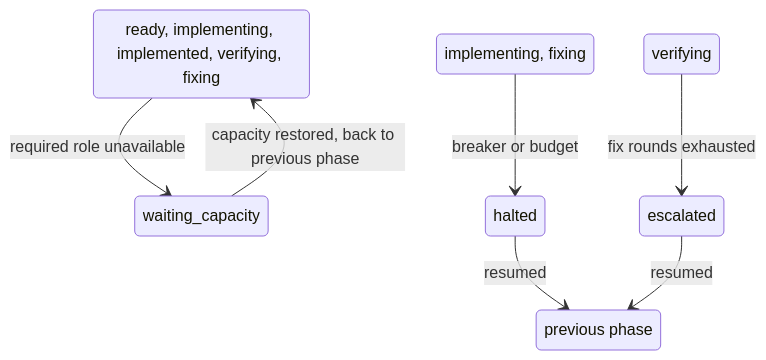
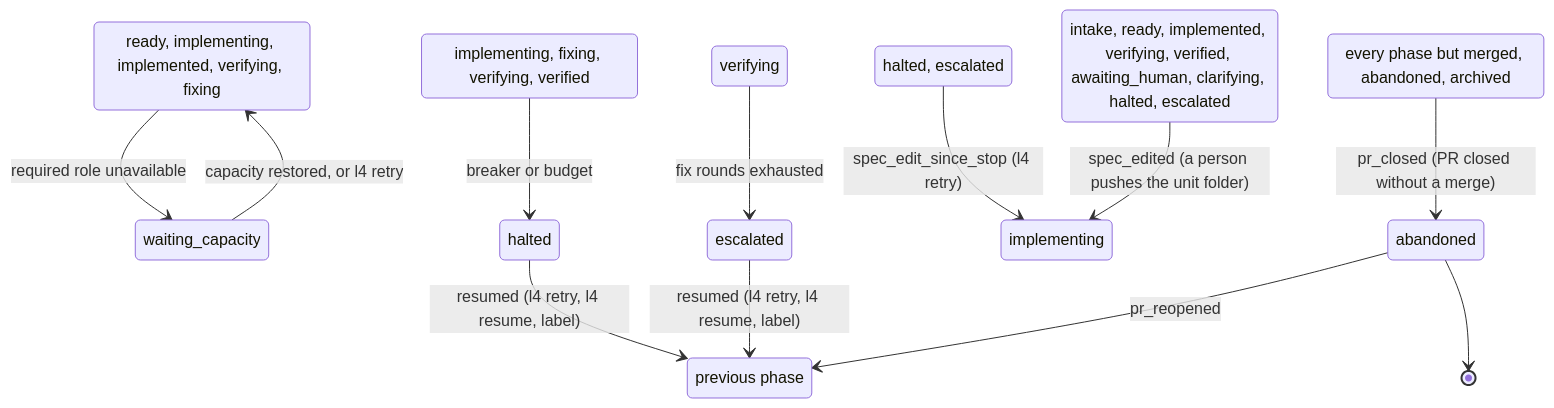
One commit to ciprianiacobescu/l4 changed the second of 2 diagrams in docs/state-diagram.md. Above: the diagram before and after it, drawn with Mermaid. The commit also changed other lines of this file, not shown here.

Commit message:
docs(state-diagram): spec_edit_since_stop, spec_edited, retry_requested, pr_closed, pr_reopened and the secret halt from verifying and verified (L4-OPS-001, L4-OPS-003, L4-OPS-009, L4-OPS-014)

````diff
--- a/docs/state-diagram.md
+++ b/docs/state-diagram.md
@@ -47,12 +51,20 @@
 ```mermaid
 stateDiagram-v2
   state "ready, implementing, implemented, verifying, fixing" as active
   active --> waiting_capacity: required role unavailable
-  waiting_capacity --> active: capacity restored, back to previous phase
-  state "implementing, fixing" as working
+  waiting_capacity --> active: capacity restored, or l4 retry
+  state "implementing, fixing, verifying, verified" as working
   working --> halted: breaker or budget
   verifying --> escalated: fix rounds exhausted
-  halted --> previous: resumed
-  escalated --> previous: resumed
+  halted --> previous: resumed (l4 retry, l4 resume, label)
+  escalated --> previous: resumed (l4 retry, l4 resume, label)
   state "previous phase" as previous
+  state "halted, escalated" as stopped
+  stopped --> implementing: spec_edit_since_stop (l4 retry)
+  state "intake, ready, implemented, verifying, verified, awaiting_human, clarifying, halted, escalated" as editable
+  editable --> implementing: spec_edited (a person pushes the unit folder)
+  state "every phase but merged, abandoned, archived" as anyopen
+  anyopen --> abandoned: pr_closed (PR closed without a merge)
+  abandoned --> previous: pr_reopened
+  abandoned --> [*]
 ```
````
